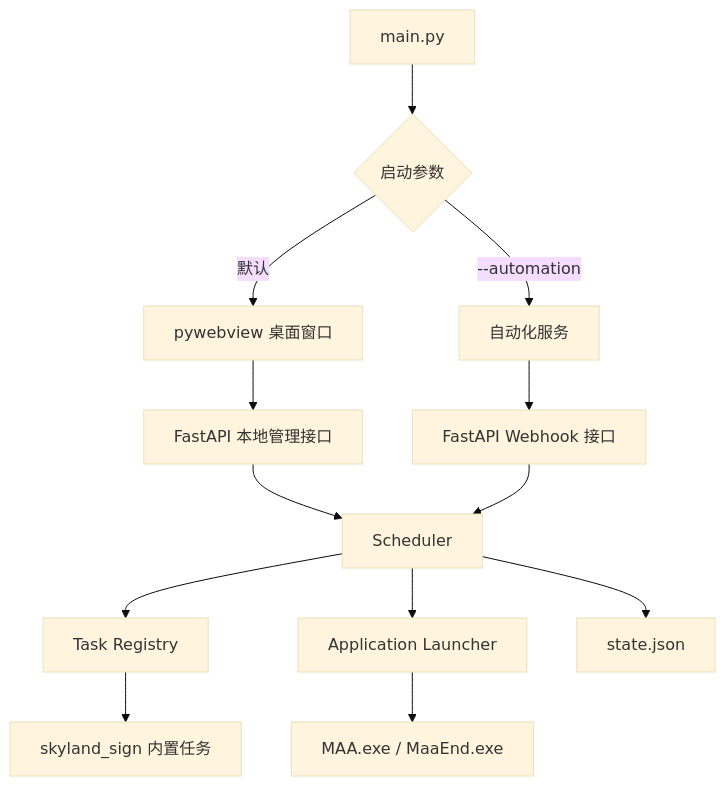
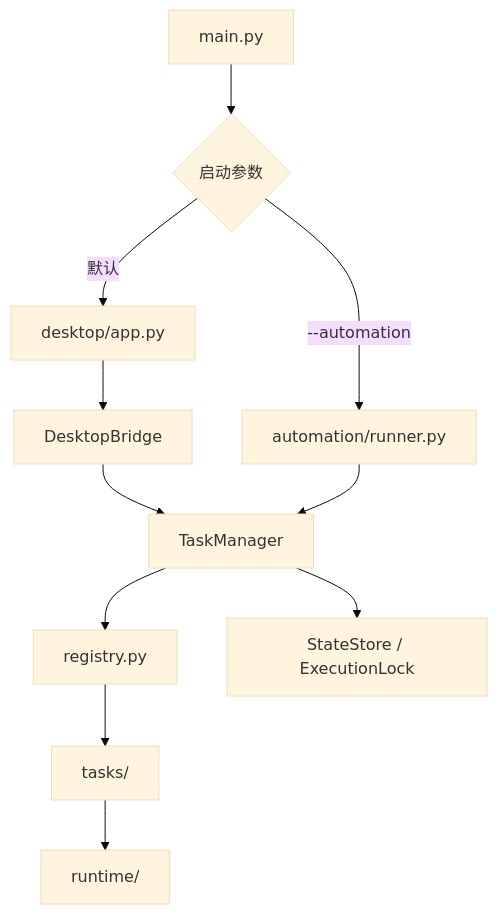
Before and after one commit to amingnn/autogame: the diagram in docs/architecture.md, drawn with Mermaid (base theme). The commit also changed other lines of this file and 68 other files, not shown here.

````diff
--- a/docs/architecture.md
+++ b/docs/architecture.md
@@ -7,15 +64,13 @@
 ```mermaid
 flowchart TD
-    A[main.py] --> B{启动参数}
-    B -->|默认| C[pywebview 桌面窗口]
-    B -->|--automation| D[自动化服务]
-    C --> E[FastAPI 本地管理接口]
-    D --> F[FastAPI Webhook 接口]
-    E --> G[Scheduler]
-    F --> G
-    G --> H[Task Registry]
-    G --> I[Application Launcher]
-    G --> J[state.json]
-    H --> K[skyland_sign 内置任务]
-    I --> L[MAA.exe / MaaEnd.exe]
+    A["main.py"] --> B{"启动参数"}
+    B -->|"默认"| C["desktop/app.py"]
+    B -->|"--automation"| D["automation/runner.py"]
+    C --> E["DesktopBridge"]
+    E --> F["TaskManager"]
+    D --> F
+    F --> G["registry.py"]
+    G --> H["tasks/"]
+    H --> I["runtime/"]
+    F --> J["StateStore / ExecutionLock"]
 ```
````
